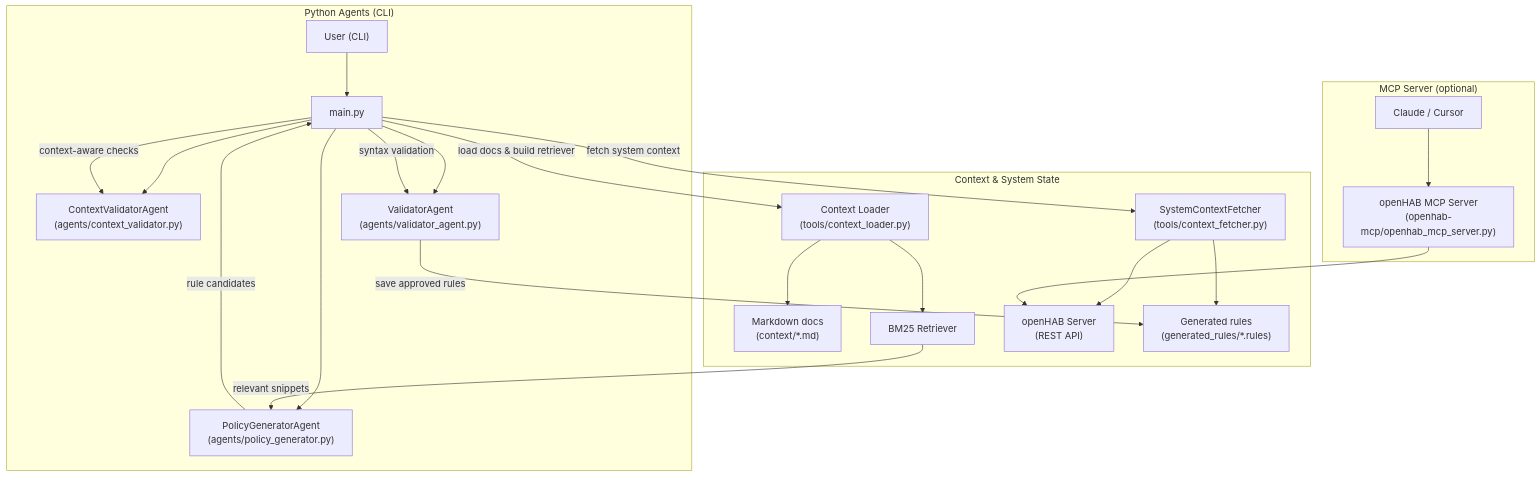
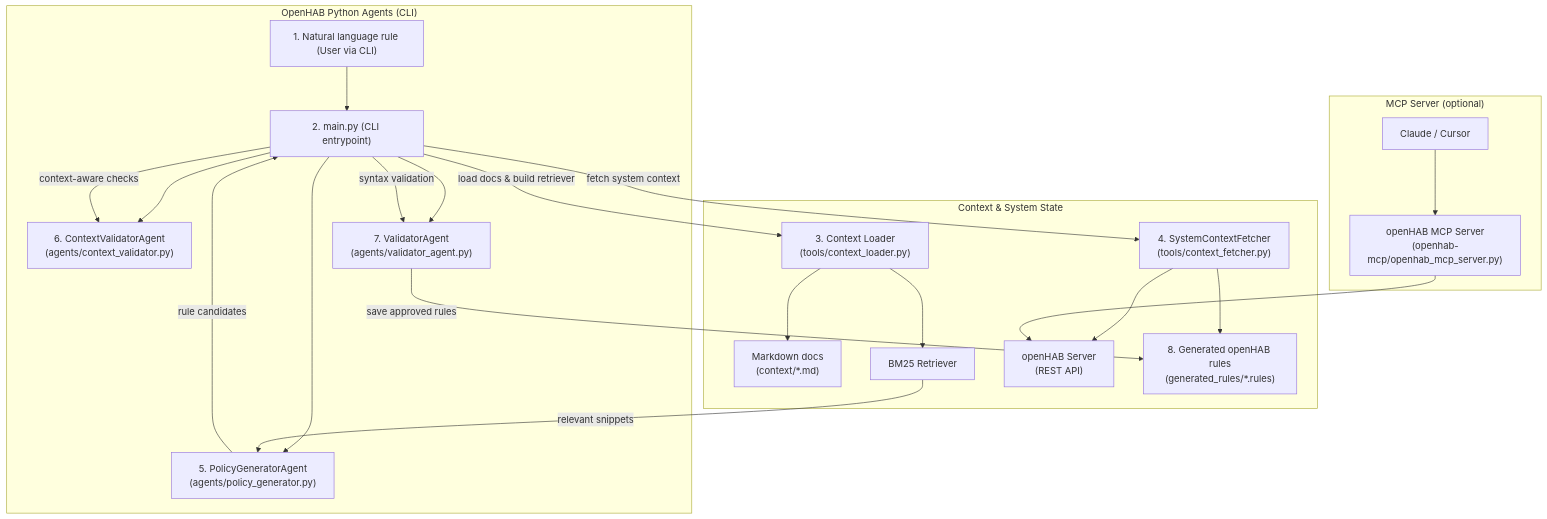
Before and after one commit to cresset-lab/AgentHAB: the diagram in ARCHITECTURE.md, drawn with Mermaid.

Commit message:
Update architecture diagram in ARCHITECTURE.md to enhance clarity by renaming components and adding numerical identifiers for each step in the natural language to openHAB rule generation process, improving overall understanding of the system flow.

````diff
--- a/ARCHITECTURE.md
+++ b/ARCHITECTURE.md
@@ -5,44 +5,44 @@
 ```mermaid
 flowchart TD
-  %% High-level architecture: Python agents + openHAB + optional MCP server
+  %% High-level architecture: OpenHAB Python agents + openHAB + optional MCP server
 
-  subgraph A["Python Agents (CLI)"]
-    U["User (CLI)"] --> M["main.py"]
-    M --> PG["PolicyGeneratorAgent\n(agents/policy_generator.py)"]
-    M --> CV["ContextValidatorAgent\n(agents/context_validator.py)"]
-    M --> SV["ValidatorAgent\n(agents/validator_agent.py)"]
+  subgraph A["OpenHAB Python Agents (CLI)"]
+    U["1. Natural language rule (User via CLI)"] --> M["2. main.py (CLI entrypoint)"]
+    M --> PG["5. PolicyGeneratorAgent\n(agents/policy_generator.py)"]
+    M --> CV["6. ContextValidatorAgent\n(agents/context_validator.py)"]
+    M --> SV["7. ValidatorAgent\n(agents/validator_agent.py)"]
   end
 
   subgraph B["Context & System State"]
-    CL["Context Loader\n(tools/context_loader.py)"]
+    CL["3. Context Loader\n(tools/context_loader.py)"]
     DOCS["Markdown docs\n(context/*.md)"]
     R["BM25 Retriever"]
-    CF["SystemContextFetcher\n(tools/context_fetcher.py)"]
+    CF["4. SystemContextFetcher\n(tools/context_fetcher.py)"]
     OH["openHAB Server\n(REST API)"]
-    GR["Generated rules\n(generated_rules/*.rules)"]
+    GR["8. Generated openHAB rules\n(generated_rules/*.rules)"]
   end
 
   subgraph C["MCP Server (optional)"]
     IDE["Claude / Cursor"]
     MCP["openHAB MCP Server\n(openhab-mcp/openhab_mcp_server.py)"]
   end
 
   %% Data flow: request → context → generation → validation → rules
   M -->|"load docs & build retriever"| CL
   CL --> DOCS
   CL --> R
 
   M -->|"fetch system context"| CF
   CF --> OH
   CF --> GR
 
   R -->|"relevant snippets"| PG
   PG -->|"rule candidates"| M
   M -->|"context-aware checks"| CV
   M -->|"syntax validation"| SV
   SV -->|"save approved rules"| GR
 
   %% MCP integration path (separate from Python agents)
   IDE --> MCP
   MCP --> OH
 ```
````
